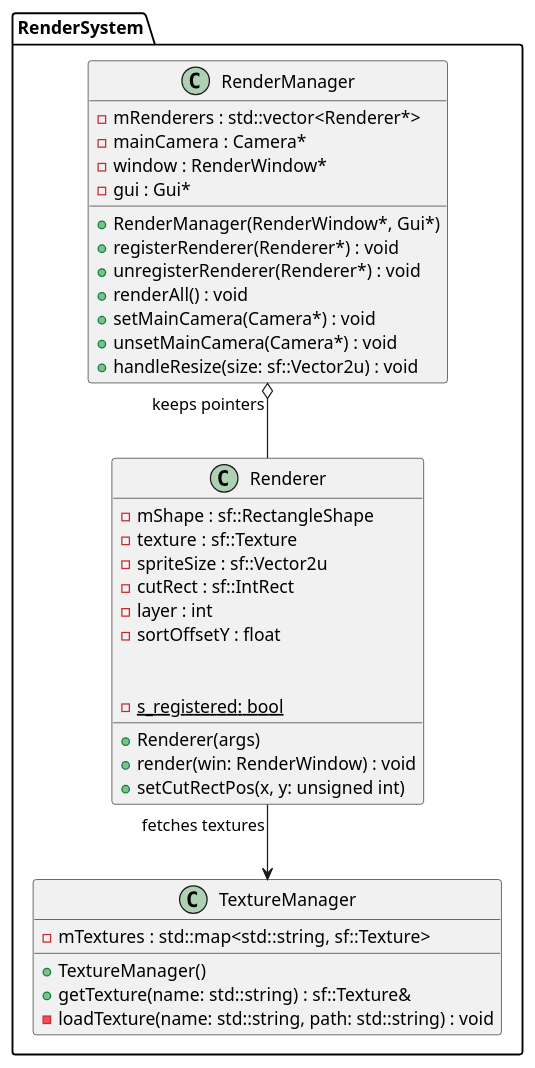
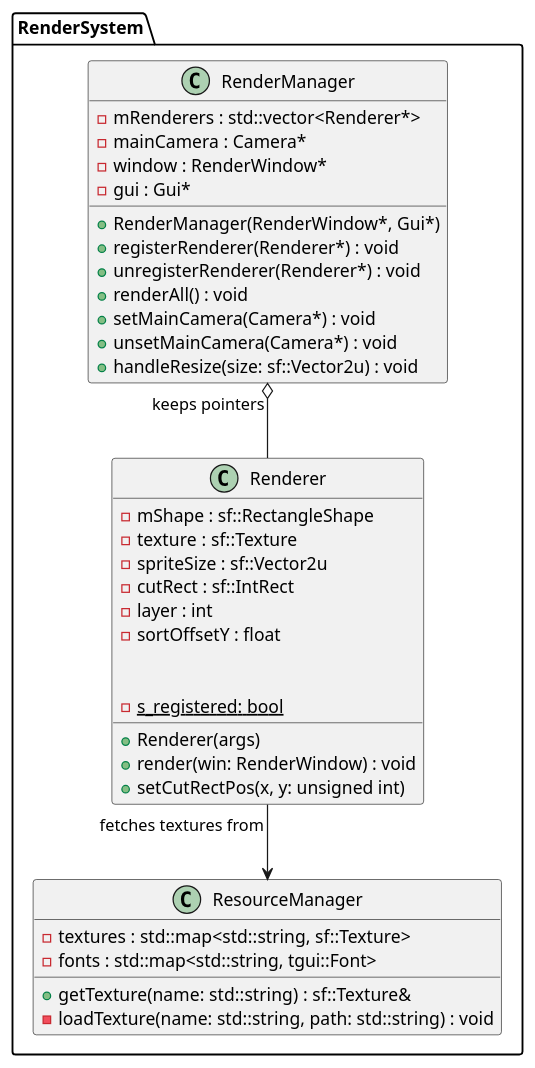
The diagram in doc/uml/renderSystem.puml (AntoFruch/PatternFactory), drawn with PlantUML before and after one commit. The commit also changed 2 other files, not shown here.

Commit message:
TextureManager -> ResourceManager now handles texture AND fonts

```diff
--- a/doc/uml/renderSystem.puml
+++ b/doc/uml/renderSystem.puml
@@ -1,46 +1,46 @@
 @startuml renderSystem
 
 namespace RenderSystem {
 
-    class TextureManager{
-        - mTextures : std::map<std::string, sf::Texture>
+    class ResourceManager{
+        - textures : std::map<std::string, sf::Texture>
+        - fonts : std::map<std::string, tgui::Font>
 
-        + TextureManager()
         + getTexture(name: std::string) : sf::Texture&
         - loadTexture(name: std::string, path: std::string) : void
     }
 
     class RenderManager{
         - mRenderers : std::vector<Renderer*>
         - mainCamera : Camera*
         - window : RenderWindow*
         - gui : Gui*
 
         + RenderManager(RenderWindow*, Gui*)
         + registerRenderer(Renderer*) : void
         + unregisterRenderer(Renderer*) : void
         + renderAll() : void
         + setMainCamera(Camera*) : void
         + unsetMainCamera(Camera*) : void
         + handleResize(size: sf::Vector2u) : void
     }
 
     class Renderer{
         - mShape : sf::RectangleShape
         - texture : sf::Texture
         - spriteSize : sf::Vector2u
         - cutRect : sf::IntRect
         - layer : int
         - sortOffsetY : float
 
         + Renderer(args)
         + render(win: RenderWindow) : void
         + setCutRectPos(x, y: unsigned int)
 
         - {static} s_registered: bool
     }
 
     RenderManager "keeps pointers" o-- Renderer
-    Renderer "fetches textures" --> TextureManager
+    Renderer "fetches textures from" --> ResourceManager
 }
 @enduml
```
